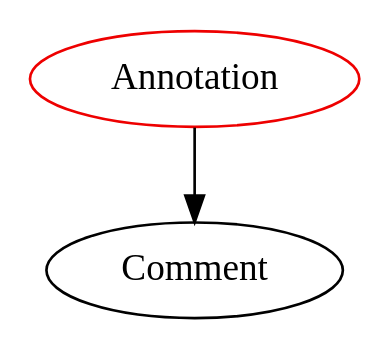
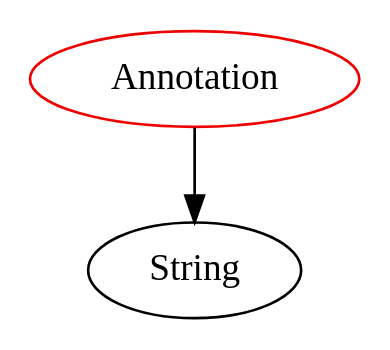
Before and after one commit to JacquesCarette/Drasil: the diagram in analysis/TypeDependencyGraphs/build/Annotation.dot, drawn with Graphviz. The commit also changed 911 other files, not shown here.

```diff
--- a/analysis/TypeDependencyGraphs/build/Annotation.dot
+++ b/analysis/TypeDependencyGraphs/build/Annotation.dot
@@ -1,4 +1,4 @@
 digraph annotation{
 Annotation	[shape=oval, color=red2, label="Annotation"];
-Annotation -> Comment;
+Annotation -> String;
 }
```
